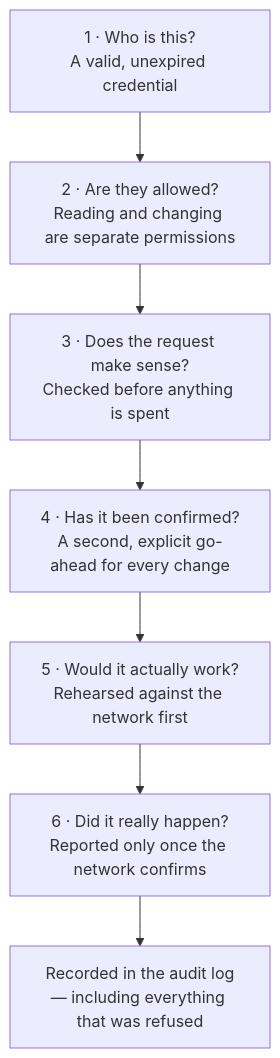
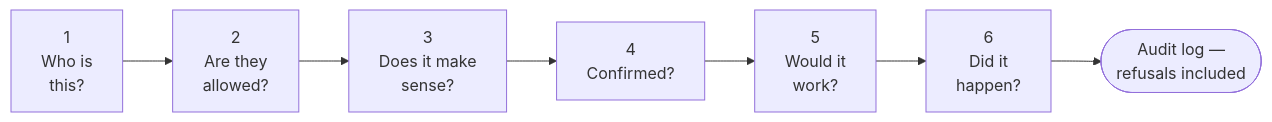
One commit to galshohat/fb-pse-assignment changed the diagram in docs/FOR-STAKEHOLDERS.md. Above: the diagram before and after it, drawn with Mermaid. The commit also changed other lines of this file, not shown here.

Commit message:
docs(stakeholders): tighten title and safeguard diagram

````diff
--- a/docs/FOR-STAKEHOLDERS.md
+++ b/docs/FOR-STAKEHOLDERS.md
@@ -40,10 +40,9 @@
 ```mermaid
-flowchart TB
-    A["1 · Who is this?<br/>A valid, unexpired credential"] --> B
-    B["2 · Are they allowed?<br/>Reading and changing are separate permissions"] --> C
-    C["3 · Does the request make sense?<br/>Checked before anything is spent"] --> D
-    D["4 · Has it been confirmed?<br/>A second, explicit go-ahead for every change"] --> E
-    E["5 · Would it actually work?<br/>Rehearsed against the network first"] --> F
-    F["6 · Did it really happen?<br/>Reported only once the network confirms"] --> G
-    G["Recorded in the audit log<br/>— including everything that was refused"]
+flowchart LR
+    A["1<br/>Who is<br/>this?"] --> B["2<br/>Are they<br/>allowed?"]
+    B --> C["3<br/>Does it make<br/>sense?"]
+    C --> D["4<br/>Confirmed?"]
+    D --> E["5<br/>Would it<br/>work?"]
+    E --> F["6<br/>Did it<br/>happen?"]
+    F --> G(["Audit log —<br/>refusals included"])
 ```
````
